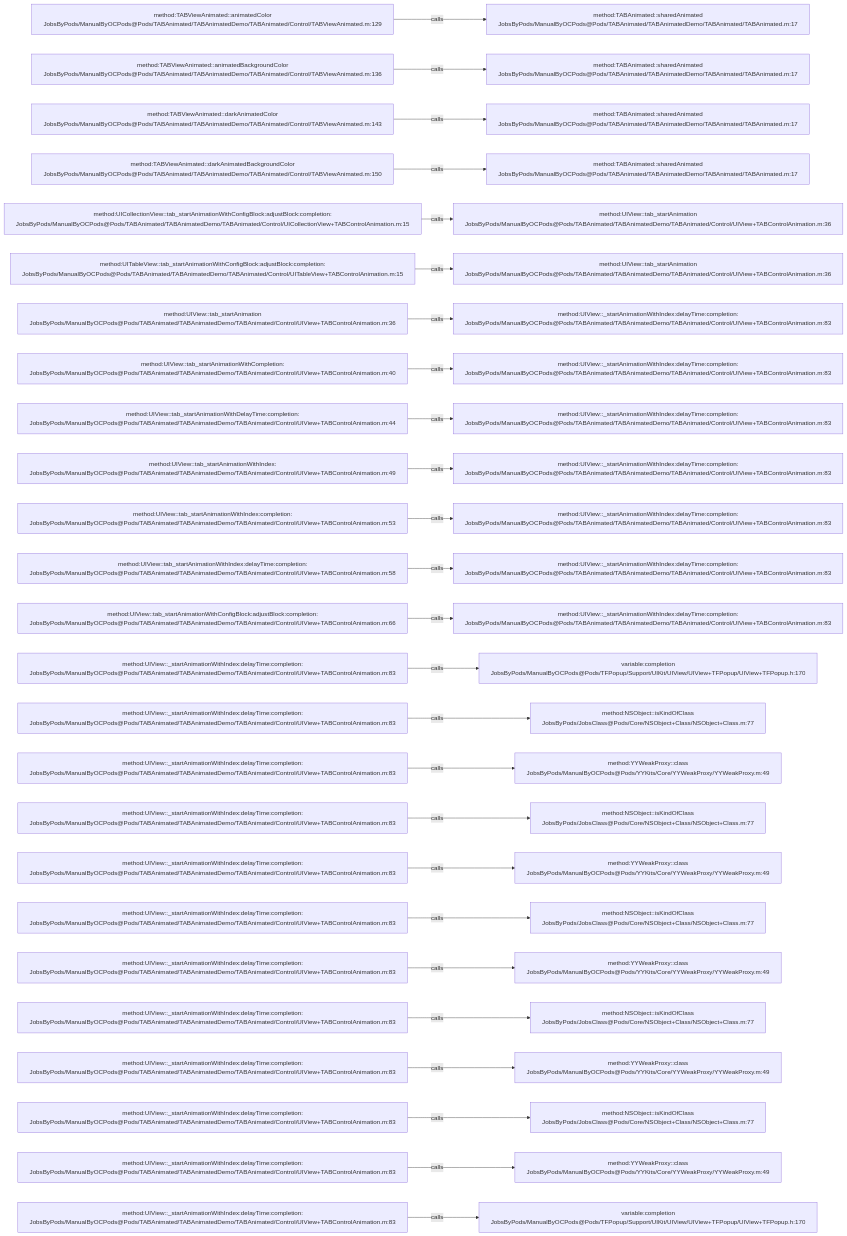
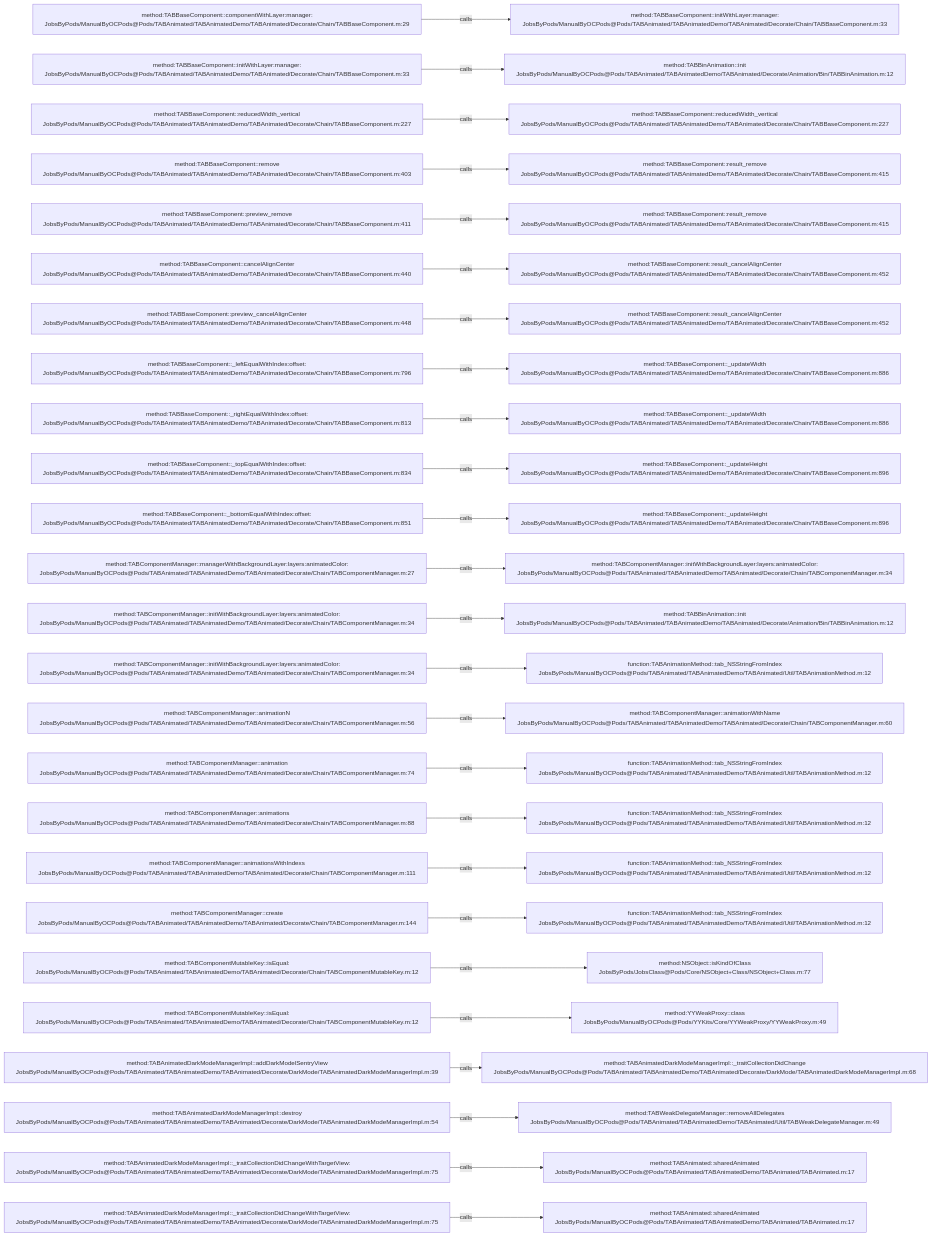
The diagram in .codegraph/codegraph.md/graphs/calls-024.md (JobsKits/JobsOCBaseConfigDemo), drawn with Mermaid before and after one commit. The commit also changed 1448 other files, not shown here.

````diff
--- a/.codegraph/codegraph.md/graphs/calls-024.md
+++ b/.codegraph/codegraph.md/graphs/calls-024.md
@@ -13,78 +13,78 @@
 ```mermaid
 flowchart LR
-  S1["method:TABViewAnimated::animatedColor<br/>JobsByPods/ManualByOCPods@Pods/TABAnimated/TABAnimatedDemo/TABAnimated/Control/TABViewAnimated.m:129"]
-  T1["method:TABAnimated::sharedAnimated<br/>JobsByPods/ManualByOCPods@Pods/TABAnimated/TABAnimatedDemo/TABAnimated/TABAnimated.m:17"]
+  S1["method:TABBaseComponent::componentWithLayer:manager:<br/>JobsByPods/ManualByOCPods@Pods/TABAnimated/TABAnimatedDemo/TABAnimated/Decorate/Chain/TABBaseComponent.m:29"]
+  T1["method:TABBaseComponent::initWithLayer:manager:<br/>JobsByPods/ManualByOCPods@Pods/TABAnimated/TABAnimatedDemo/TABAnimated/Decorate/Chain/TABBaseComponent.m:33"]
   S1 -->|calls| T1
-  S2["method:TABViewAnimated::animatedBackgroundColor<br/>JobsByPods/ManualByOCPods@Pods/TABAnimated/TABAnimatedDemo/TABAnimated/Control/TABViewAnimated.m:136"]
-  T2["method:TABAnimated::sharedAnimated<br/>JobsByPods/ManualByOCPods@Pods/TABAnimated/TABAnimatedDemo/TABAnimated/TABAnimated.m:17"]
+  S2["method:TABBaseComponent::initWithLayer:manager:<br/>JobsByPods/ManualByOCPods@Pods/TABAnimated/TABAnimatedDemo/TABAnimated/Decorate/Chain/TABBaseComponent.m:33"]
+  T2["method:TABBinAnimation::init<br/>JobsByPods/ManualByOCPods@Pods/TABAnimated/TABAnimatedDemo/TABAnimated/Decorate/Animation/Bin/TABBinAnimation.m:12"]
   S2 -->|calls| T2
-  S3["method:TABViewAnimated::darkAnimatedColor<br/>JobsByPods/ManualByOCPods@Pods/TABAnimated/TABAnimatedDemo/TABAnimated/Control/TABViewAnimated.m:143"]
-  T3["method:TABAnimated::sharedAnimated<br/>JobsByPods/ManualByOCPods@Pods/TABAnimated/TABAnimatedDemo/TABAnimated/TABAnimated.m:17"]
+  S3["method:TABBaseComponent::reducedWidth_vertical<br/>JobsByPods/ManualByOCPods@Pods/TABAnimated/TABAnimatedDemo/TABAnimated/Decorate/Chain/TABBaseComponent.m:227"]
+  T3["method:TABBaseComponent::reducedWidth_vertical<br/>JobsByPods/ManualByOCPods@Pods/TABAnimated/TABAnimatedDemo/TABAnimated/Decorate/Chain/TABBaseComponent.m:227"]
   S3 -->|calls| T3
-  S4["method:TABViewAnimated::darkAnimatedBackgroundColor<br/>JobsByPods/ManualByOCPods@Pods/TABAnimated/TABAnimatedDemo/TABAnimated/Control/TABViewAnimated.m:150"]
-  T4["method:TABAnimated::sharedAnimated<br/>JobsByPods/ManualByOCPods@Pods/TABAnimated/TABAnimatedDemo/TABAnimated/TABAnimated.m:17"]
+  S4["method:TABBaseComponent::remove<br/>JobsByPods/ManualByOCPods@Pods/TABAnimated/TABAnimatedDemo/TABAnimated/Decorate/Chain/TABBaseComponent.m:403"]
+  T4["method:TABBaseComponent::result_remove<br/>JobsByPods/ManualByOCPods@Pods/TABAnimated/TABAnimatedDemo/TABAnimated/Decorate/Chain/TABBaseComponent.m:415"]
   S4 -->|calls| T4
-  S5["method:UICollectionView::tab_startAnimationWithConfigBlock:adjustBlock:completion:<br/>JobsByPods/ManualByOCPods@Pods/TABAnimated/TABAnimatedDemo/TABAnimated/Control/UICollectionView+TABControlAnimation.m:15"]
-  T5["method:UIView::tab_startAnimation<br/>JobsByPods/ManualByOCPods@Pods/TABAnimated/TABAnimatedDemo/TABAnimated/Control/UIView+TABControlAnimation.m:36"]
+  S5["method:TABBaseComponent::preview_remove<br/>JobsByPods/ManualByOCPods@Pods/TABAnimated/TABAnimatedDemo/TABAnimated/Decorate/Chain/TABBaseComponent.m:411"]
+  T5["method:TABBaseComponent::result_remove<br/>JobsByPods/ManualByOCPods@Pods/TABAnimated/TABAnimatedDemo/TABAnimated/Decorate/Chain/TABBaseComponent.m:415"]
   S5 -->|calls| T5
-  S6["method:UITableView::tab_startAnimationWithConfigBlock:adjustBlock:completion:<br/>JobsByPods/ManualByOCPods@Pods/TABAnimated/TABAnimatedDemo/TABAnimated/Control/UITableView+TABControlAnimation.m:15"]
-  T6["method:UIView::tab_startAnimation<br/>JobsByPods/ManualByOCPods@Pods/TABAnimated/TABAnimatedDemo/TABAnimated/Control/UIView+TABControlAnimation.m:36"]
+  S6["method:TABBaseComponent::cancelAlignCenter<br/>JobsByPods/ManualByOCPods@Pods/TABAnimated/TABAnimatedDemo/TABAnimated/Decorate/Chain/TABBaseComponent.m:440"]
+  T6["method:TABBaseComponent::result_cancelAlignCenter<br/>JobsByPods/ManualByOCPods@Pods/TABAnimated/TABAnimatedDemo/TABAnimated/Decorate/Chain/TABBaseComponent.m:452"]
   S6 -->|calls| T6
-  S7["method:UIView::tab_startAnimation<br/>JobsByPods/ManualByOCPods@Pods/TABAnimated/TABAnimatedDemo/TABAnimated/Control/UIView+TABControlAnimation.m:36"]
-  T7["method:UIView::_startAnimationWithIndex:delayTime:completion:<br/>JobsByPods/ManualByOCPods@Pods/TABAnimated/TABAnimatedDemo/TABAnimated/Control/UIView+TABControlAnimation.m:83"]
+  S7["method:TABBaseComponent::preview_cancelAlignCenter<br/>JobsByPods/ManualByOCPods@Pods/TABAnimated/TABAnimatedDemo/TABAnimated/Decorate/Chain/TABBaseComponent.m:448"]
+  T7["method:TABBaseComponent::result_cancelAlignCenter<br/>JobsByPods/ManualByOCPods@Pods/TABAnimated/TABAnimatedDemo/TABAnimated/Decorate/Chain/TABBaseComponent.m:452"]
   S7 -->|calls| T7
-  S8["method:UIView::tab_startAnimationWithCompletion:<br/>JobsByPods/ManualByOCPods@Pods/TABAnimated/TABAnimatedDemo/TABAnimated/Control/UIView+TABControlAnimation.m:40"]
-  T8["method:UIView::_startAnimationWithIndex:delayTime:completion:<br/>JobsByPods/ManualByOCPods@Pods/TABAnimated/TABAnimatedDemo/TABAnimated/Control/UIView+TABControlAnimation.m:83"]
+  S8["method:TABBaseComponent::_leftEqualWithIndex:offset:<br/>JobsByPods/ManualByOCPods@Pods/TABAnimated/TABAnimatedDemo/TABAnimated/Decorate/Chain/TABBaseComponent.m:796"]
+  T8["method:TABBaseComponent::_updateWidth<br/>JobsByPods/ManualByOCPods@Pods/TABAnimated/TABAnimatedDemo/TABAnimated/Decorate/Chain/TABBaseComponent.m:886"]
   S8 -->|calls| T8
-  S9["method:UIView::tab_startAnimationWithDelayTime:completion:<br/>JobsByPods/ManualByOCPods@Pods/TABAnimated/TABAnimatedDemo/TABAnimated/Control/UIView+TABControlAnimation.m:44"]
-  T9["method:UIView::_startAnimationWithIndex:delayTime:completion:<br/>JobsByPods/ManualByOCPods@Pods/TABAnimated/TABAnimatedDemo/TABAnimated/Control/UIView+TABControlAnimation.m:83"]
+  S9["method:TABBaseComponent::_rightEqualWithIndex:offset:<br/>JobsByPods/ManualByOCPods@Pods/TABAnimated/TABAnimatedDemo/TABAnimated/Decorate/Chain/TABBaseComponent.m:813"]
+  T9["method:TABBaseComponent::_updateWidth<br/>JobsByPods/ManualByOCPods@Pods/TABAnimated/TABAnimatedDemo/TABAnimated/Decorate/Chain/TABBaseComponent.m:886"]
   S9 -->|calls| T9
-  S10["method:UIView::tab_startAnimationWithIndex:<br/>JobsByPods/ManualByOCPods@Pods/TABAnimated/TABAnimatedDemo/TABAnimated/Control/UIView+TABControlAnimation.m:49"]
-  T10["method:UIView::_startAnimationWithIndex:delayTime:completion:<br/>JobsByPods/ManualByOCPods@Pods/TABAnimated/TABAnimatedDemo/TABAnimated/Control/UIView+TABControlAnimation.m:83"]
+  S10["method:TABBaseComponent::_topEqualWithIndex:offset:<br/>JobsByPods/ManualByOCPods@Pods/TABAnimated/TABAnimatedDemo/TABAnimated/Decorate/Chain/TABBaseComponent.m:834"]
+  T10["method:TABBaseComponent::_updateHeight<br/>JobsByPods/ManualByOCPods@Pods/TABAnimated/TABAnimatedDemo/TABAnimated/Decorate/Chain/TABBaseComponent.m:896"]
   S10 -->|calls| T10
-  S11["method:UIView::tab_startAnimationWithIndex:completion:<br/>JobsByPods/ManualByOCPods@Pods/TABAnimated/TABAnimatedDemo/TABAnimated/Control/UIView+TABControlAnimation.m:53"]
-  T11["method:UIView::_startAnimationWithIndex:delayTime:completion:<br/>JobsByPods/ManualByOCPods@Pods/TABAnimated/TABAnimatedDemo/TABAnimated/Control/UIView+TABControlAnimation.m:83"]
+  S11["method:TABBaseComponent::_bottomEqualWithIndex:offset:<br/>JobsByPods/ManualByOCPods@Pods/TABAnimated/TABAnimatedDemo/TABAnimated/Decorate/Chain/TABBaseComponent.m:851"]
+  T11["method:TABBaseComponent::_updateHeight<br/>JobsByPods/ManualByOCPods@Pods/TABAnimated/TABAnimatedDemo/TABAnimated/Decorate/Chain/TABBaseComponent.m:896"]
   S11 -->|calls| T11
-  S12["method:UIView::tab_startAnimationWithIndex:delayTime:completion:<br/>JobsByPods/ManualByOCPods@Pods/TABAnimated/TABAnimatedDemo/TABAnimated/Control/UIView+TABControlAnimation.m:58"]
-  T12["method:UIView::_startAnimationWithIndex:delayTime:completion:<br/>JobsByPods/ManualByOCPods@Pods/TABAnimated/TABAnimatedDemo/TABAnimated/Control/UIView+TABControlAnimation.m:83"]
+  S12["method:TABComponentManager::managerWithBackgroundLayer:layers:animatedColor:<br/>JobsByPods/ManualByOCPods@Pods/TABAnimated/TABAnimatedDemo/TABAnimated/Decorate/Chain/TABComponentManager.m:27"]
+  T12["method:TABComponentManager::initWithBackgroundLayer:layers:animatedColor:<br/>JobsByPods/ManualByOCPods@Pods/TABAnimated/TABAnimatedDemo/TABAnimated/Decorate/Chain/TABComponentManager.m:34"]
   S12 -->|calls| T12
-  S13["method:UIView::tab_startAnimationWithConfigBlock:adjustBlock:completion:<br/>JobsByPods/ManualByOCPods@Pods/TABAnimated/TABAnimatedDemo/TABAnimated/Control/UIView+TABControlAnimation.m:66"]
-  T13["method:UIView::_startAnimationWithIndex:delayTime:completion:<br/>JobsByPods/ManualByOCPods@Pods/TABAnimated/TABAnimatedDemo/TABAnimated/Control/UIView+TABControlAnimation.m:83"]
+  S13["method:TABComponentManager::initWithBackgroundLayer:layers:animatedColor:<br/>JobsByPods/ManualByOCPods@Pods/TABAnimated/TABAnimatedDemo/TABAnimated/Decorate/Chain/TABComponentManager.m:34"]
+  T13["method:TABBinAnimation::init<br/>JobsByPods/ManualByOCPods@Pods/TABAnimated/TABAnimatedDemo/TABAnimated/Decorate/Animation/Bin/TABBinAnimation.m:12"]
   S13 -->|calls| T13
-  S14["method:UIView::_startAnimationWithIndex:delayTime:completion:<br/>JobsByPods/ManualByOCPods@Pods/TABAnimated/TABAnimatedDemo/TABAnimated/Control/UIView+TABControlAnimation.m:83"]
-  T14["variable:completion<br/>JobsByPods/ManualByOCPods@Pods/TFPopup/Support/UIKit/UIView/UIView+TFPopup/UIView+TFPopup.h:170"]
+  S14["method:TABComponentManager::initWithBackgroundLayer:layers:animatedColor:<br/>JobsByPods/ManualByOCPods@Pods/TABAnimated/TABAnimatedDemo/TABAnimated/Decorate/Chain/TABComponentManager.m:34"]
+  T14["function:TABAnimationMethod::tab_NSStringFromIndex<br/>JobsByPods/ManualByOCPods@Pods/TABAnimated/TABAnimatedDemo/TABAnimated/Util/TABAnimationMethod.m:12"]
   S14 -->|calls| T14
-  S15["method:UIView::_startAnimationWithIndex:delayTime:completion:<br/>JobsByPods/ManualByOCPods@Pods/TABAnimated/TABAnimatedDemo/TABAnimated/Control/UIView+TABControlAnimation.m:83"]
-  T15["method:NSObject::isKindOfClass<br/>JobsByPods/JobsClass@Pods/Core/NSObject+Class/NSObject+Class.m:77"]
+  S15["method:TABComponentManager::animationN<br/>JobsByPods/ManualByOCPods@Pods/TABAnimated/TABAnimatedDemo/TABAnimated/Decorate/Chain/TABComponentManager.m:56"]
+  T15["method:TABComponentManager::animationWithName<br/>JobsByPods/ManualByOCPods@Pods/TABAnimated/TABAnimatedDemo/TABAnimated/Decorate/Chain/TABComponentManager.m:60"]
   S15 -->|calls| T15
-  S16["method:UIView::_startAnimationWithIndex:delayTime:completion:<br/>JobsByPods/ManualByOCPods@Pods/TABAnimated/TABAnimatedDemo/TABAnimated/Control/UIView+TABControlAnimation.m:83"]
-  T16["method:YYWeakProxy::class<br/>JobsByPods/ManualByOCPods@Pods/YYKits/Core/YYWeakProxy/YYWeakProxy.m:49"]
+  S16["method:TABComponentManager::animation<br/>JobsByPods/ManualByOCPods@Pods/TABAnimated/TABAnimatedDemo/TABAnimated/Decorate/Chain/TABComponentManager.m:74"]
+  T16["function:TABAnimationMethod::tab_NSStringFromIndex<br/>JobsByPods/ManualByOCPods@Pods/TABAnimated/TABAnimatedDemo/TABAnimated/Util/TABAnimationMethod.m:12"]
   S16 -->|calls| T16
-  S17["method:UIView::_startAnimationWithIndex:delayTime:completion:<br/>JobsByPods/ManualByOCPods@Pods/TABAnimated/TABAnimatedDemo/TABAnimated/Control/UIView+TABControlAnimation.m:83"]
-  T17["method:NSObject::isKindOfClass<br/>JobsByPods/JobsClass@Pods/Core/NSObject+Class/NSObject+Class.m:77"]
+  S17["method:TABComponentManager::animations<br/>JobsByPods/ManualByOCPods@Pods/TABAnimated/TABAnimatedDemo/TABAnimated/Decorate/Chain/TABComponentManager.m:88"]
+  T17["function:TABAnimationMethod::tab_NSStringFromIndex<br/>JobsByPods/ManualByOCPods@Pods/TABAnimated/TABAnimatedDemo/TABAnimated/Util/TABAnimationMethod.m:12"]
   S17 -->|calls| T17
-  S18["method:UIView::_startAnimationWithIndex:delayTime:completion:<br/>JobsByPods/ManualByOCPods@Pods/TABAnimated/TABAnimatedDemo/TABAnimated/Control/UIView+TABControlAnimation.m:83"]
-  T18["method:YYWeakProxy::class<br/>JobsByPods/ManualByOCPods@Pods/YYKits/Core/YYWeakProxy/YYWeakProxy.m:49"]
+  S18["method:TABComponentManager::animationsWithIndexs<br/>JobsByPods/ManualByOCPods@Pods/TABAnimated/TABAnimatedDemo/TABAnimated/Decorate/Chain/TABComponentManager.m:111"]
+  T18["function:TABAnimationMethod::tab_NSStringFromIndex<br/>JobsByPods/ManualByOCPods@Pods/TABAnimated/TABAnimatedDemo/TABAnimated/Util/TABAnimationMethod.m:12"]
   S18 -->|calls| T18
-  S19["method:UIView::_startAnimationWithIndex:delayTime:completion:<br/>JobsByPods/ManualByOCPods@Pods/TABAnimated/TABAnimatedDemo/TABAnimated/Control/UIView+TABControlAnimation.m:83"]
-  T19["method:NSObject::isKindOfClass<br/>JobsByPods/JobsClass@Pods/Core/NSObject+Class/NSObject+Class.m:77"]
+  S19["method:TABComponentManager::create<br/>JobsByPods/ManualByOCPods@Pods/TABAnimated/TABAnimatedDemo/TABAnimated/Decorate/Chain/TABComponentManager.m:144"]
+  T19["function:TABAnimationMethod::tab_NSStringFromIndex<br/>JobsByPods/ManualByOCPods@Pods/TABAnimated/TABAnimatedDemo/TABAnimated/Util/TABAnimationMethod.m:12"]
   S19 -->|calls| T19
-  S20["method:UIView::_startAnimationWithIndex:delayTime:completion:<br/>JobsByPods/ManualByOCPods@Pods/TABAnimated/TABAnimatedDemo/TABAnimated/Control/UIView+TABControlAnimation.m:83"]
-  T20["method:YYWeakProxy::class<br/>JobsByPods/ManualByOCPods@Pods/YYKits/Core/YYWeakProxy/YYWeakProxy.m:49"]
+  S20["method:TABComponentMutableKey::isEqual:<br/>JobsByPods/ManualByOCPods@Pods/TABAnimated/TABAnimatedDemo/TABAnimated/Decorate/Chain/TABComponentMutableKey.m:12"]
+  T20["method:NSObject::isKindOfClass<br/>JobsByPods/JobsClass@Pods/Core/NSObject+Class/NSObject+Class.m:77"]
   S20 -->|calls| T20
-  S21["method:UIView::_startAnimationWithIndex:delayTime:completion:<br/>JobsByPods/ManualByOCPods@Pods/TABAnimated/TABAnimatedDemo/TABAnimated/Control/UIView+TABControlAnimation.m:83"]
-  T21["method:NSObject::isKindOfClass<br/>JobsByPods/JobsClass@Pods/Core/NSObject+Class/NSObject+Class.m:77"]
+  S21["method:TABComponentMutableKey::isEqual:<br/>JobsByPods/ManualByOCPods@Pods/TABAnimated/TABAnimatedDemo/TABAnimated/Decorate/Chain/TABComponentMutableKey.m:12"]
+  T21["method:YYWeakProxy::class<br/>JobsByPods/ManualByOCPods@Pods/YYKits/Core/YYWeakProxy/YYWeakProxy.m:49"]
   S21 -->|calls| T21
-  S22["method:UIView::_startAnimationWithIndex:delayTime:completion:<br/>JobsByPods/ManualByOCPods@Pods/TABAnimated/TABAnimatedDemo/TABAnimated/Control/UIView+TABControlAnimation.m:83"]
-  T22["method:YYWeakProxy::class<br/>JobsByPods/ManualByOCPods@Pods/YYKits/Core/YYWeakProxy/YYWeakProxy.m:49"]
+  S22["method:TABAnimatedDarkModeManagerImpl::addDarkModelSentryView<br/>JobsByPods/ManualByOCPods@Pods/TABAnimated/TABAnimatedDemo/TABAnimated/Decorate/DarkMode/TABAnimatedDarkModeManagerImpl.m:39"]
+  T22["method:TABAnimatedDarkModeManagerImpl::_traitCollectionDidChange<br/>JobsByPods/ManualByOCPods@Pods/TABAnimated/TABAnimatedDemo/TABAnimated/Decorate/DarkMode/TABAnimatedDarkModeManagerImpl.m:68"]
   S22 -->|calls| T22
-  S23["method:UIView::_startAnimationWithIndex:delayTime:completion:<br/>JobsByPods/ManualByOCPods@Pods/TABAnimated/TABAnimatedDemo/TABAnimated/Control/UIView+TABControlAnimation.m:83"]
-  T23["method:NSObject::isKindOfClass<br/>JobsByPods/JobsClass@Pods/Core/NSObject+Class/NSObject+Class.m:77"]
+  S23["method:TABAnimatedDarkModeManagerImpl::destroy<br/>JobsByPods/ManualByOCPods@Pods/TABAnimated/TABAnimatedDemo/TABAnimated/Decorate/DarkMode/TABAnimatedDarkModeManagerImpl.m:54"]
+  T23["method:TABWeakDelegateManager::removeAllDelegates<br/>JobsByPods/ManualByOCPods@Pods/TABAnimated/TABAnimatedDemo/TABAnimated/Util/TABWeakDelegateManager.m:49"]
   S23 -->|calls| T23
-  S24["method:UIView::_startAnimationWithIndex:delayTime:completion:<br/>JobsByPods/ManualByOCPods@Pods/TABAnimated/TABAnimatedDemo/TABAnimated/Control/UIView+TABControlAnimation.m:83"]
-  T24["method:YYWeakProxy::class<br/>JobsByPods/ManualByOCPods@Pods/YYKits/Core/YYWeakProxy/YYWeakProxy.m:49"]
+  S24["method:TABAnimatedDarkModeManagerImpl::_traitCollectionDidChangeWithTargetView:<br/>JobsByPods/ManualByOCPods@Pods/TABAnimated/TABAnimatedDemo/TABAnimated/Decorate/DarkMode/TABAnimatedDarkModeManagerImpl.m:75"]
+  T24["method:TABAnimated::sharedAnimated<br/>JobsByPods/ManualByOCPods@Pods/TABAnimated/TABAnimatedDemo/TABAnimated/TABAnimated.m:17"]
   S24 -->|calls| T24
-  S25["method:UIView::_startAnimationWithIndex:delayTime:completion:<br/>JobsByPods/ManualByOCPods@Pods/TABAnimated/TABAnimatedDemo/TABAnimated/Control/UIView+TABControlAnimation.m:83"]
-  T25["variable:completion<br/>JobsByPods/ManualByOCPods@Pods/TFPopup/Support/UIKit/UIView/UIView+TFPopup/UIView+TFPopup.h:170"]
+  S25["method:TABAnimatedDarkModeManagerImpl::_traitCollectionDidChangeWithTargetView:<br/>JobsByPods/ManualByOCPods@Pods/TABAnimated/TABAnimatedDemo/TABAnimated/Decorate/DarkMode/TABAnimatedDarkModeManagerImpl.m:75"]
+  T25["method:TABAnimated::sharedAnimated<br/>JobsByPods/ManualByOCPods@Pods/TABAnimated/TABAnimatedDemo/TABAnimated/TABAnimated.m:17"]
   S25 -->|calls| T25
 ```
````
